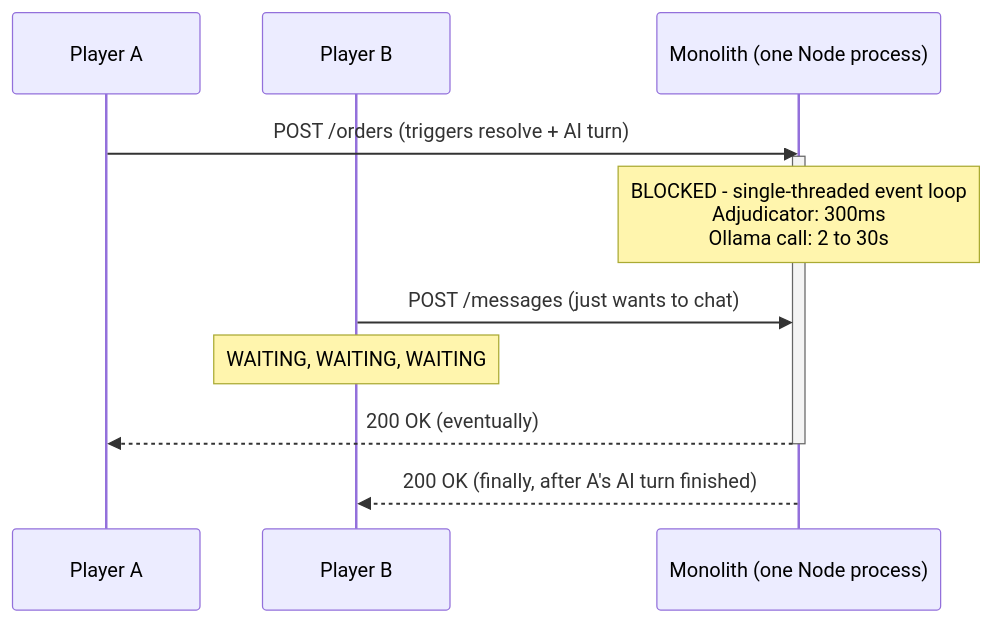
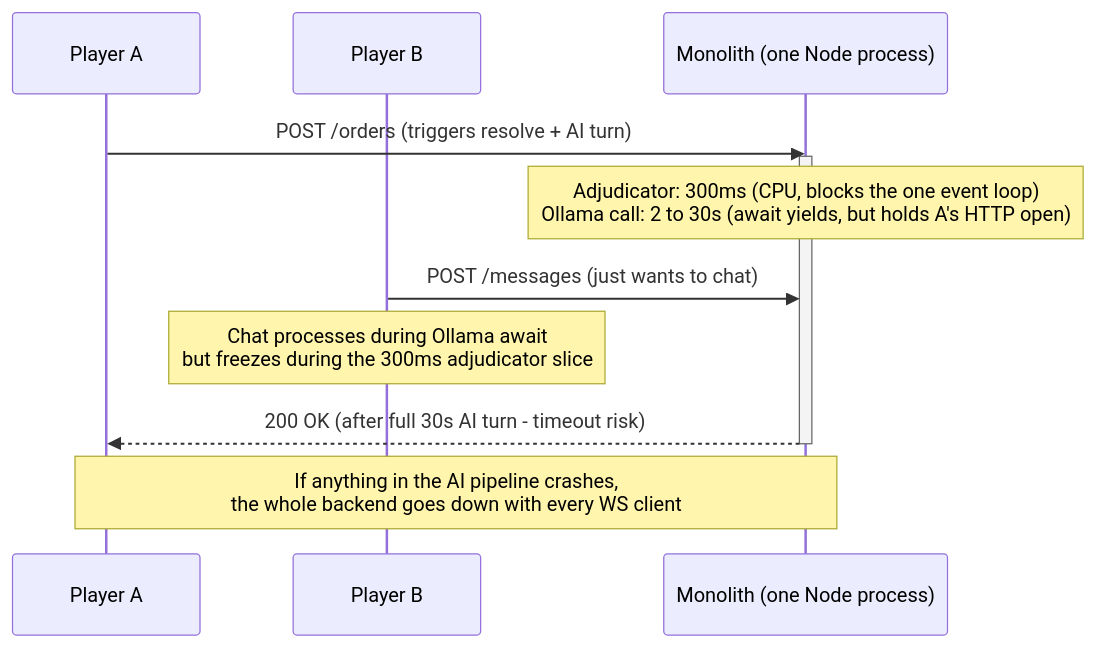
The first of 18 diagrams in MilestoneSubmissions/DESIGN_DOC.md (The-Diplomats/Diplomacy), drawn with Mermaid before and after one commit. The commit also changed other lines of this file, not shown here.

Commit message:
docs(design): address architecture holes, switch to Drizzle, restructure folder layout

````diff
--- a/MilestoneSubmissions/DESIGN_DOC.md
+++ b/MilestoneSubmissions/DESIGN_DOC.md
@@ -26,14 +26,14 @@
 ```mermaid
 sequenceDiagram
     participant A as Player A
     participant B as Player B
     participant M as Monolith (one Node process)
     A->>M: POST /orders (triggers resolve + AI turn)
     activate M
-    Note over M: BLOCKED - single-threaded event loop<br/>Adjudicator: 300ms<br/>Ollama call: 2 to 30s
+    Note over M: Adjudicator: 300ms (CPU, blocks the one event loop)<br/>Ollama call: 2 to 30s (await yields, but holds A's HTTP open)
     B->>M: POST /messages (just wants to chat)
-    Note over B: WAITING, WAITING, WAITING
-    M-->>A: 200 OK (eventually)
+    Note over B: Chat processes during Ollama await<br/>but freezes during the 300ms adjudicator slice
+    M-->>A: 200 OK (after full 30s AI turn - timeout risk)
     deactivate M
-    M-->>B: 200 OK (finally, after A's AI turn finished)
+    Note over A,M: If anything in the AI pipeline crashes,<br/>the whole backend goes down with every WS client
 ```
````
